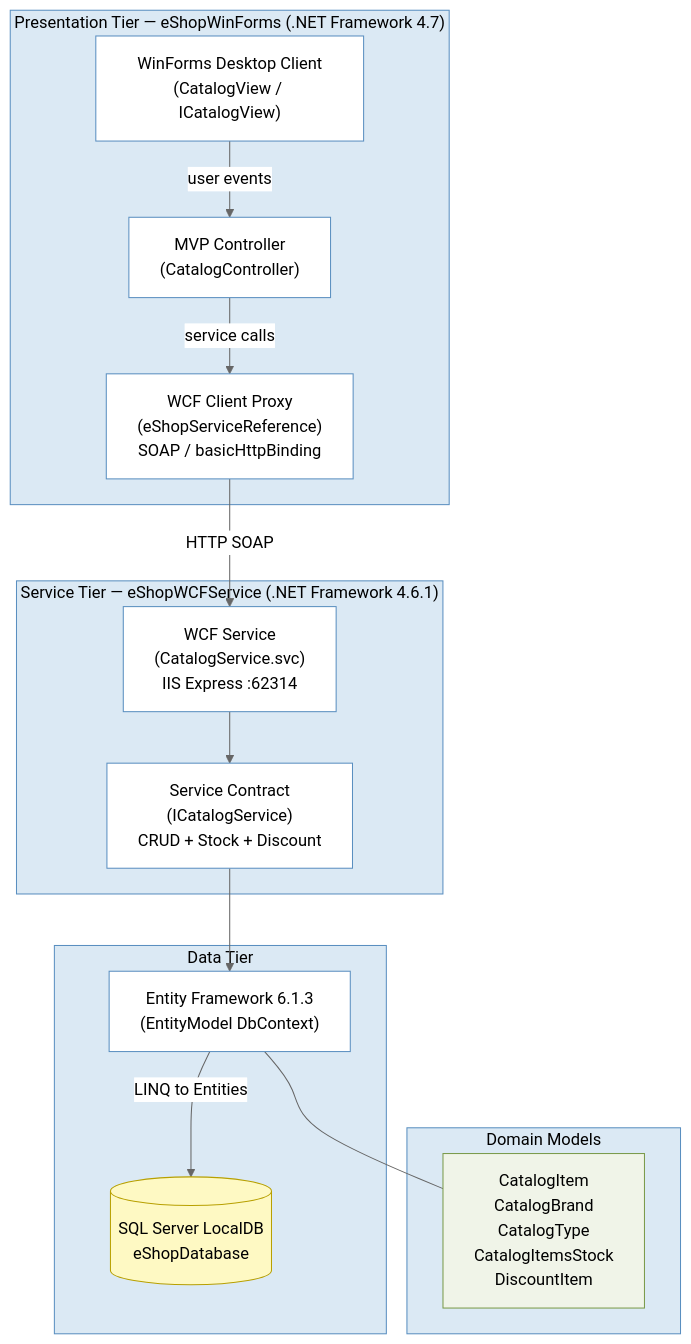
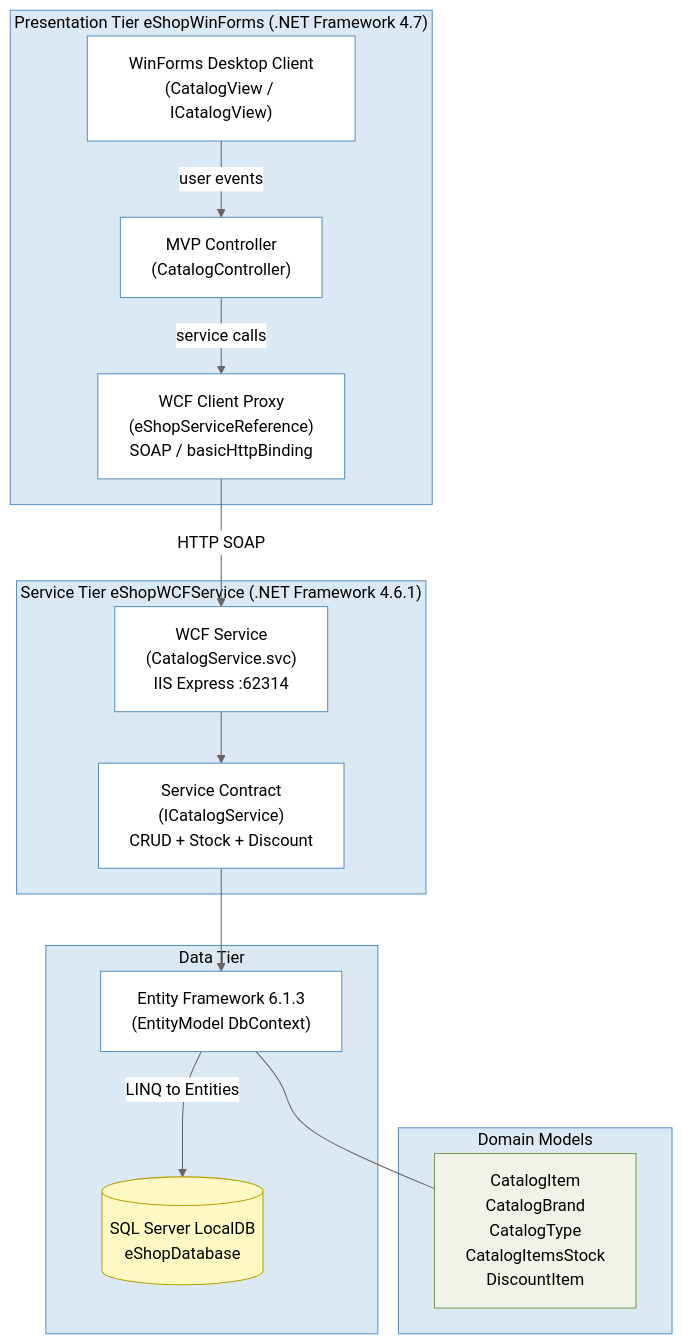
One commit to zhoufenqin/eShopLegacyNTier changed the diagram in .github/modernize/architecture-diagram.md. Above: the diagram before and after it, drawn with Mermaid (neutral theme). The commit also changed other lines of this file and 1 other file, not shown here.

Commit message:
Add application assessment report and architecture diagram

````diff
--- a/.github/modernize/architecture-diagram.md
+++ b/.github/modernize/architecture-diagram.md
@@ -7,40 +7,40 @@
 ```mermaid
 flowchart TD
-    subgraph Presentation["Presentation Tier — eShopWinForms (.NET Framework 4.7)"]
+    subgraph Presentation["Presentation Tier  eShopWinForms (.NET Framework 4.7)"]
         UI["WinForms Desktop Client\n(CatalogView / ICatalogView)"]
         Controller["MVP Controller\n(CatalogController)"]
         WCFProxy["WCF Client Proxy\n(eShopServiceReference)\nSOAP / basicHttpBinding"]
     end
 
-    subgraph Service["Service Tier — eShopWCFService (.NET Framework 4.6.1)"]
+    subgraph Service["Service Tier  eShopWCFService (.NET Framework 4.6.1)"]
         WCFSvc["WCF Service\n(CatalogService.svc)\nIIS Express :62314"]
         ServiceContract["Service Contract\n(ICatalogService)\nCRUD + Stock + Discount"]
     end
 
     subgraph Data["Data Tier"]
         EF["Entity Framework 6.1.3\n(EntityModel DbContext)"]
         DB[(SQL Server LocalDB\neShopDatabase)]
     end
 
     subgraph Domain["Domain Models"]
         Models["CatalogItem\nCatalogBrand\nCatalogType\nCatalogItemsStock\nDiscountItem"]
     end
 
     UI -->|user events| Controller
     Controller -->|service calls| WCFProxy
     WCFProxy -->|HTTP SOAP| WCFSvc
     WCFSvc --> ServiceContract
     ServiceContract --> EF
     EF -->|LINQ to Entities| DB
     EF --- Models
 
     classDef tier fill:#dbe9f4,stroke:#5a8fc0,color:#000
     classDef component fill:#fff,stroke:#5a8fc0,color:#000
     classDef storage fill:#fef9c3,stroke:#b8a000,color:#000
     classDef domain fill:#f0f4e8,stroke:#7a9a4a,color:#000
 
     class Presentation,Service,Data,Domain tier
     class UI,Controller,WCFProxy,WCFSvc,ServiceContract,EF component
     class DB storage
     class Models domain
 ```
````
